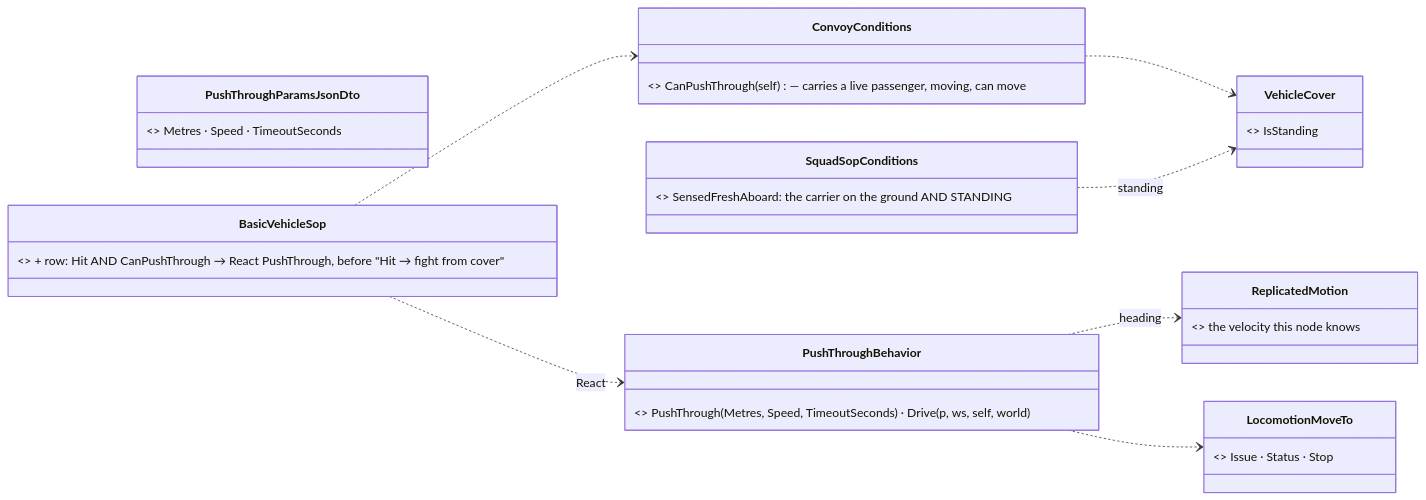
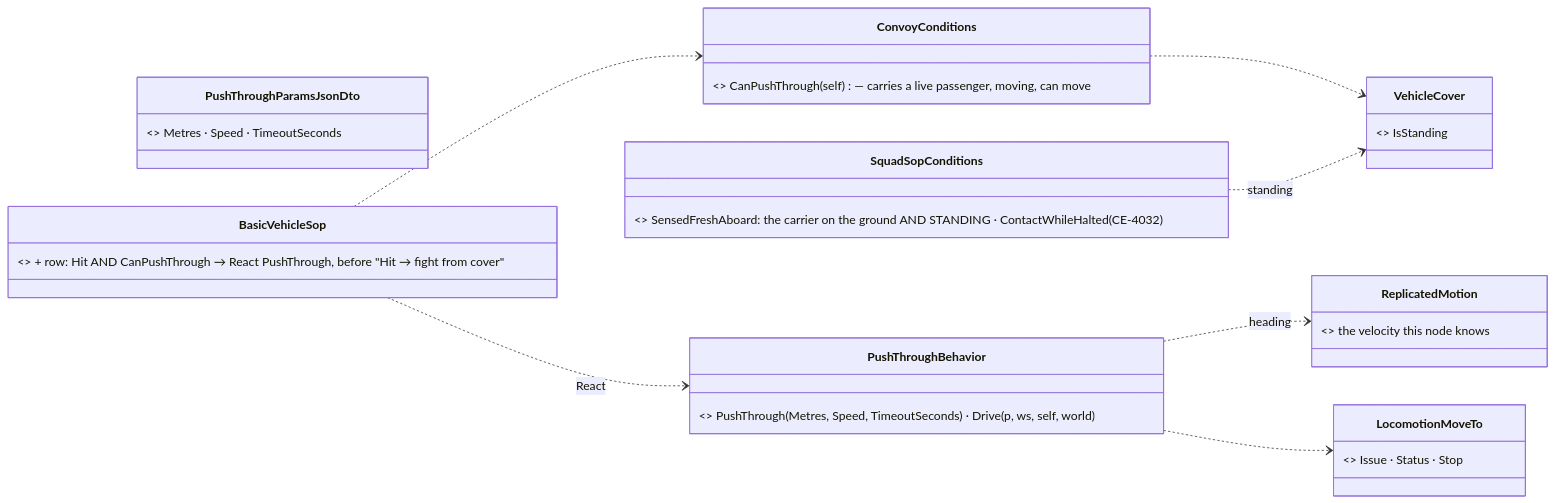
One commit to pjanec/HROT changed diagram 35 of 40 in docs/designs/group-maneuvers/DESIGN_Squad_Tactics.md. Above: the diagram before and after it, drawn with Mermaid. The commit also changed other lines of this file and 13 other files, not shown here.

````diff
--- a/docs/designs/group-maneuvers/DESIGN_Squad_Tactics.md
+++ b/docs/designs/group-maneuvers/DESIGN_Squad_Tactics.md
@@ -1709,18 +1709,18 @@
 ```mermaid
 classDiagram
   direction LR
   class PushThroughBehavior { <<NEW, Hrot.AI.Behaviors/Brains>> PushThrough(Metres, Speed, TimeoutSeconds) · Drive(p, ws, self, world) }
   class PushThroughParamsJsonDto { <<NEW>> Metres · Speed · TimeoutSeconds }
   class ConvoyConditions { <<NEW SharedAiCondition>> CanPushThrough(self) — carries a live passenger, moving, can move }
   class BasicVehicleSop { <<EXTENDED recipe>> + row: Hit AND CanPushThrough → React PushThrough, before "Hit → fight from cover" }
-  class SquadSopConditions { <<EXTENDED>> SensedFreshAboard: the carrier on the ground AND STANDING }
+  class SquadSopConditions { <<EXTENDED>> SensedFreshAboard: the carrier on the ground AND STANDING · ContactWhileHalted (CE-4032) }
   class LocomotionMoveTo { <<existing>> Issue · Status · Stop }
   class VehicleCover { <<existing>> IsStanding }
   class ReplicatedMotion { <<existing>> the velocity this node knows }
   BasicVehicleSop ..> ConvoyConditions
   BasicVehicleSop ..> PushThroughBehavior : React
   PushThroughBehavior ..> ReplicatedMotion : heading
   PushThroughBehavior ..> LocomotionMoveTo
   ConvoyConditions ..> VehicleCover
   SquadSopConditions ..> VehicleCover : standing
 ```
````
